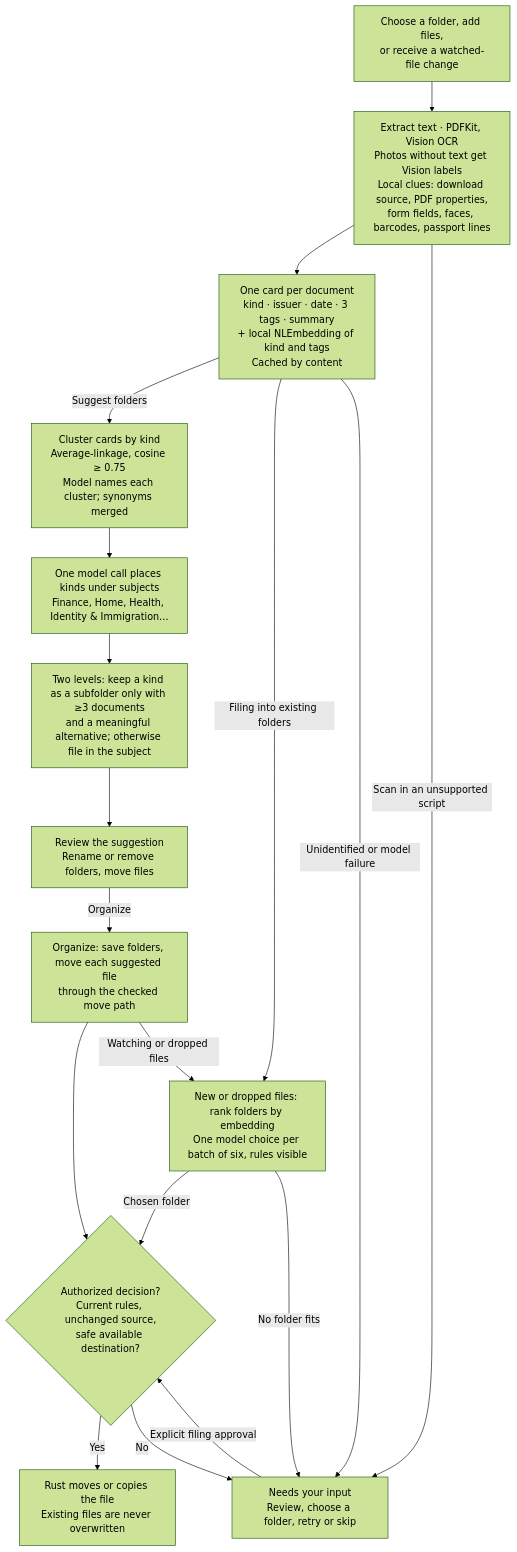
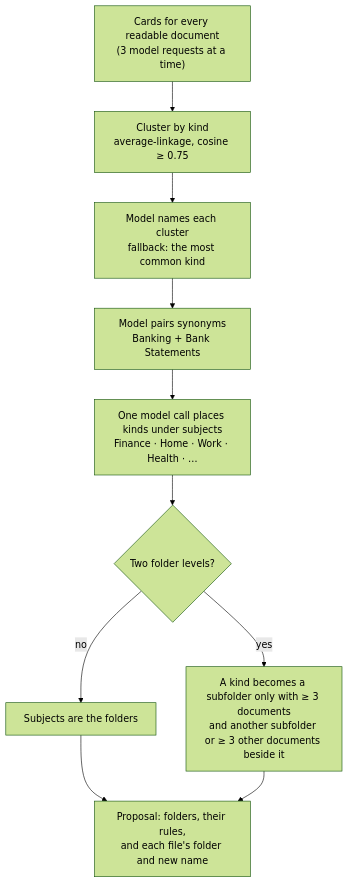
One commit to Haffaz/tuck changed the second of 3 diagrams in docs/architecture.md. Above: the diagram before and after it, drawn with Mermaid (forest theme). The commit also changed other lines of this file and 24 other files, not shown here.

First line of the commit message:
docs: open-source README, architecture diagrams and current docs

````diff
--- a/docs/architecture.md
+++ b/docs/architecture.md
@@ -38,28 +118,12 @@
 ```mermaid
 flowchart TD
-    INPUT["Choose a folder, add files,<br/>or receive a watched-file change"]
-    READ["Extract text · PDFKit, Vision OCR<br/>Photos without text get Vision labels<br/>Local clues: download source, PDF properties,<br/>form fields, faces, barcodes, passport lines"]
-    CARD["One card per document<br/>kind · issuer · date · 3 tags · summary<br/>+ local NLEmbedding of kind and tags<br/>Cached by content"]
-    KINDS["Cluster cards by kind<br/>Average-linkage, cosine ≥ 0.75<br/>Model names each cluster; synonyms merged"]
-    SUBJECTS["One model call places kinds under subjects<br/>Finance, Home, Health, Identity & Immigration…"]
-    LAYOUT["Two levels: keep a kind as a subfolder only with ≥3 documents<br/>and a meaningful alternative; otherwise file in the subject"]
-    APPROVE["Review the suggestion<br/>Rename or remove folders, move files"]
-    MOVE["Organize: save folders, move each suggested file<br/>through the checked move path"]
-    MATCH["New or dropped files: rank folders by embedding<br/>One model choice per batch of six, rules visible"]
-    CHECK{"Authorized decision?<br/>Current rules, unchanged source,<br/>safe available destination?"}
-    WRITE["Rust moves or copies the file<br/>Existing files are never overwritten"]
-    REVIEW["Needs your input<br/>Review, choose a folder, retry or skip"]
-    INPUT --> READ --> CARD
-    CARD -->|"Suggest folders"| KINDS --> SUBJECTS --> LAYOUT --> APPROVE
-    APPROVE -->|"Organize"| MOVE
-    MOVE --> CHECK
-    MOVE -->|"Watching or dropped files"| MATCH
-    CARD -->|"Filing into existing folders"| MATCH
-    READ -->|"Scan in an unsupported script"| REVIEW
-    CARD -->|"Unidentified or model failure"| REVIEW
-    MATCH -->|"Chosen folder"| CHECK
-    MATCH -->|"No folder fits"| REVIEW
-    CHECK -->|"Yes"| WRITE
-    CHECK -->|"No"| REVIEW
-    REVIEW -->|"Explicit filing approval"| CHECK
+    A["Cards for every readable document<br/>(3 model requests at a time)"] --> B["Cluster by kind<br/>average-linkage, cosine ≥ 0.75"]
+    B --> C["Model names each cluster<br/>fallback: the most common kind"]
+    C --> D["Model pairs synonyms<br/>Banking + Bank Statements"]
+    D --> E["One model call places kinds under subjects<br/>Finance · Home · Work · Health · …"]
+    E --> F{"Two folder levels?"}
+    F -->|"no"| G["Subjects are the folders"]
+    F -->|"yes"| H["A kind becomes a subfolder only with ≥ 3 documents<br/>and another subfolder or ≥ 3 other documents beside it"]
+    G --> I["Proposal: folders, their rules,<br/>and each file's folder and new name"]
+    H --> I
 ```
````
